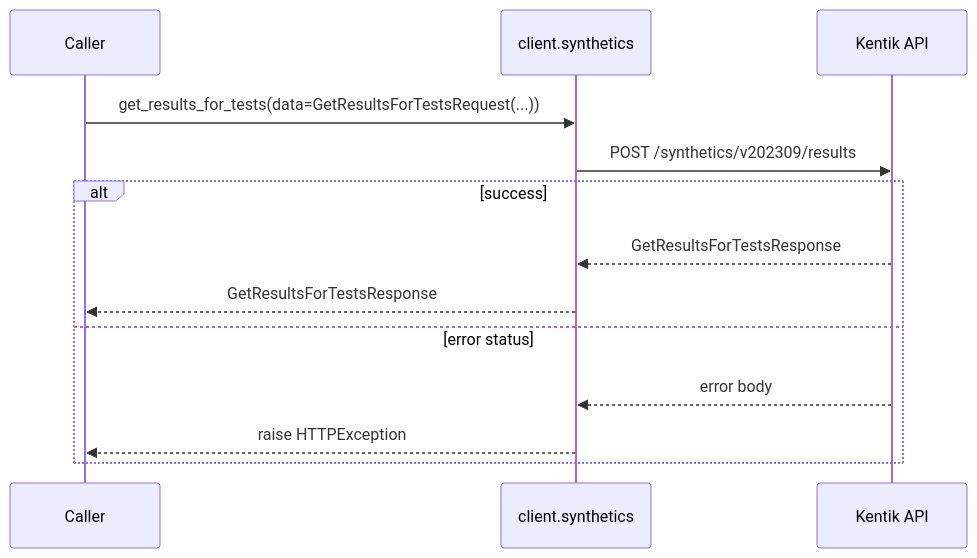
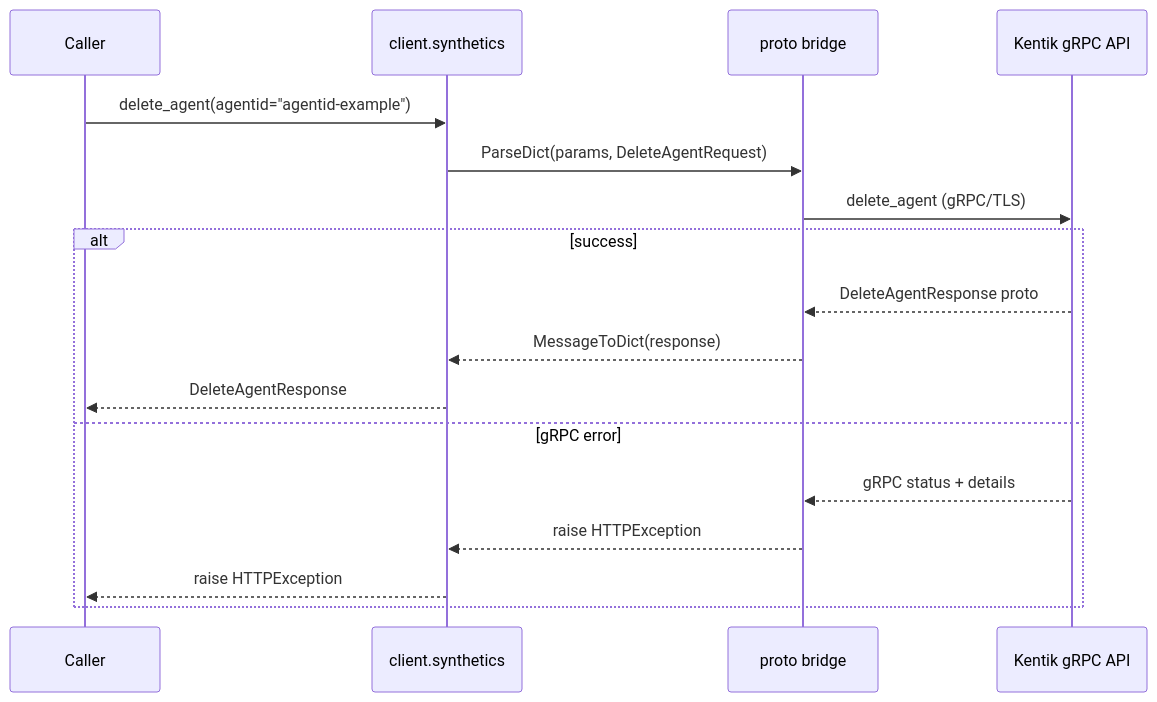
Diagram 19 of 38 in docs/sphinx/services/synthetics.md (alexdearaujo/community_sdk_python), drawn with Mermaid before and after one commit. The commit also changed other lines of this file and 61 other files, not shown here.

````diff
--- a/docs/sphinx/services/synthetics.md
+++ b/docs/sphinx/services/synthetics.md
@@ -773,16 +650,20 @@
 ```mermaid
 sequenceDiagram
     participant C as Caller
     participant W as client.synthetics
-    participant API as Kentik API
+    participant B as proto bridge
+    participant API as Kentik gRPC API
 
-    C->>W: get_results_for_tests(data=GetResultsForTestsRequest(...))
-    W->>API: POST /synthetics/v202309/results
+    C->>W: delete_agent(agentid="agentid-example")
+    W->>B: ParseDict(params, DeleteAgentRequest)
+    B->>API: delete_agent (gRPC/TLS)
     alt success
-        API-->>W: GetResultsForTestsResponse
-        W-->>C: GetResultsForTestsResponse
-    else error status
-        API-->>W: error body
+        API-->>B: DeleteAgentResponse proto
+        B-->>W: MessageToDict(response)
+        W-->>C: DeleteAgentResponse
+    else gRPC error
+        API-->>B: gRPC status + details
+        B-->>W: raise HTTPException
         W-->>C: raise HTTPException
     end
 ```
````
